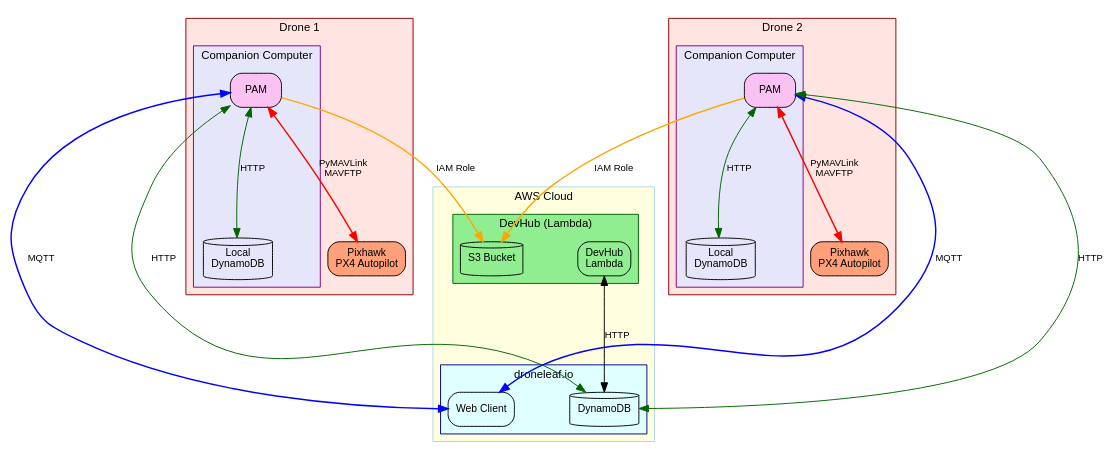
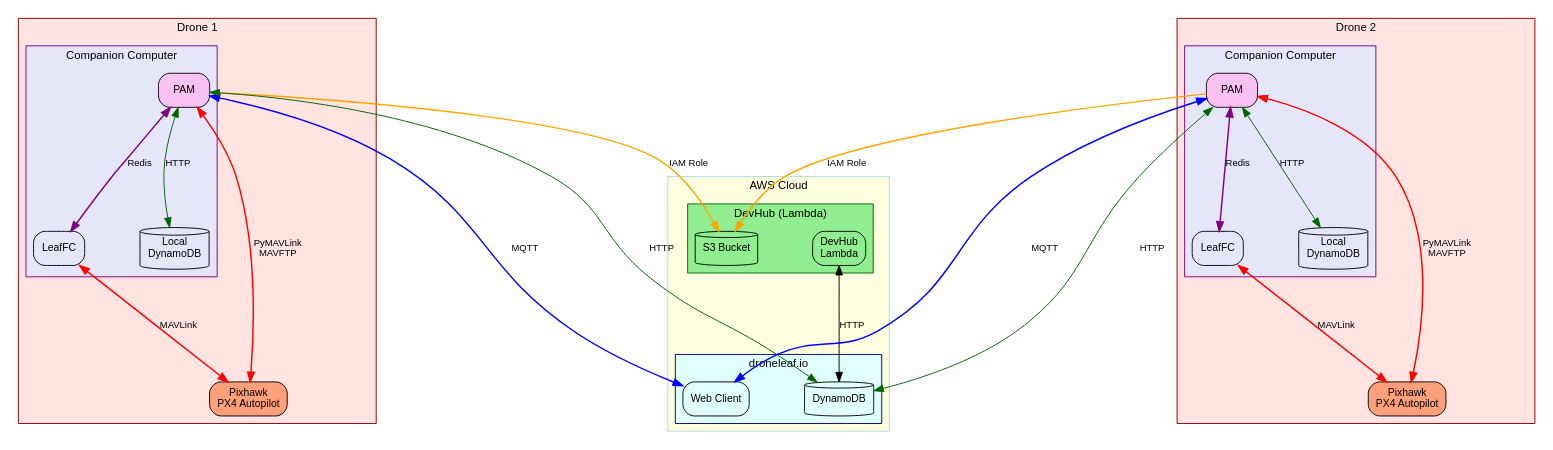
One commit to DroneLeaf/HEAR_wiki changed the diagram in Guide/HEAR Software/PetalAppManager/multi_drone_system.dot. Above: the diagram before and after it, drawn with Graphviz. The commit also changed 1 other file, not shown here.

Commit message:
Add LeaFC to PAM system diagram

```diff
--- a/Guide/HEAR Software/PetalAppManager/multi_drone_system.dot
+++ b/Guide/HEAR Software/PetalAppManager/multi_drone_system.dot
@@ -1,107 +1,117 @@
 digraph MultiDroneSystem {
     rankdir=TB;
     ranksep=1.5;
     nodesep=0.8;
     
     // Graph styling
     graph [fontname="Arial", fontsize=12, compound=true];
     node [fontname="Arial", fontsize=11, shape=box, style=rounded];
     edge [fontname="Arial", fontsize=10];
     
     // AWS Cloud cluster at the top
     subgraph cluster_aws {
         label="AWS Cloud";
         style=filled;
         color=lightblue;
         fillcolor=lightyellow;
+        rank = source;
         
         // DevHub box
         subgraph cluster_devhub {
             label="DevHub (Lambda)";
             style=filled;
             color=darkgreen;
             fillcolor=lightgreen;
-            
+            rank = source;
+
             devhub [label="DevHub\nLambda", shape=box];
             s3 [label="S3 Bucket", shape=cylinder];
         }
         
         // Webclient box
         subgraph cluster_webclient {
             label="droneleaf.io";
             style=filled;
             color=darkblue;
             fillcolor=lightcyan;
-            
+            rank = source;
+
             webclient [label="Web Client", shape=box];
             webclient_db [label="DynamoDB", shape=cylinder];
         }
     }
     
     // Drone 1
     subgraph cluster_drone1 {
         label="Drone 1";
         style=filled;
         color=darkred;
         fillcolor=mistyrose;
         
         // Companion Computer
         subgraph cluster_companion1 {
             label="Companion Computer";
             style=filled;
             color=purple;
             fillcolor=lavender;
             
             pam1 [label="PAM", shape=box, style="rounded,filled", fillcolor="#fac2f3"];
+            leaffc1 [label="LeafFC", shape=box];
             local_db1 [label="Local\nDynamoDB", shape=cylinder];
         }
         
         // Pixhawk
         pixhawk1 [label="Pixhawk\nPX4 Autopilot", shape=box, style="rounded,filled", fillcolor=lightsalmon];
     }
     
     // Drone 2
     subgraph cluster_drone2 {
         label="Drone 2";
         style=filled;
         color=darkred;
         fillcolor=mistyrose;
         
         // Companion Computer
         subgraph cluster_companion2 {
             label="Companion Computer";
             style=filled;
             color=purple;
             fillcolor=lavender;
             
             pam2 [label="PAM", shape=box, style="rounded,filled", fillcolor="#fac2f3"];
+            leaffc2 [label="LeafFC", shape=box];
             local_db2 [label="Local\nDynamoDB", shape=cylinder];
         }
         
         // Pixhawk
         pixhawk2 [label="Pixhawk\nPX4 Autopilot", shape=box, style="rounded,filled", fillcolor=lightsalmon];
     }
     
     // Connections within AWS
     devhub -> webclient_db [label="HTTP", dir=both];
     
     // Drone 1 connections
     // PAM to AWS services
     pam1 -> webclient [label="MQTT", dir=both, color=blue, penwidth=1.5];
     pam1 -> webclient_db [label="HTTP", dir=both, color=darkgreen];
     pam1 -> s3 [label="IAM Role", color=orange, penwidth=1.5];
     
     // PAM to local services
     pam1 -> local_db1 [label="HTTP", dir=both, color=darkgreen];
+    pam1 -> leaffc1 [label="Redis", dir=both, color=purple, penwidth=1.5];
     pam1 -> pixhawk1 [label="PyMAVLink\nMAVFTP", dir=both, color=red, penwidth=1.5];
+    leaffc1 -> pixhawk1 [label="MAVLink", dir=both, color=red, penwidth=1.5];
     
     // Drone 2 connections
     // PAM to AWS services
     pam2 -> webclient [label="MQTT", dir=both, color=blue, penwidth=1.5];
     pam2 -> webclient_db [label="HTTP", dir=both, color=darkgreen];
     pam2 -> s3 [label="IAM Role", color=orange, penwidth=1.5];
     
     // PAM to local services
     pam2 -> local_db2 [label="HTTP", dir=both, color=darkgreen];
+    pam2 -> leaffc2 [label="Redis", dir=both, color=purple, penwidth=1.5];
     pam2 -> pixhawk2 [label="PyMAVLink\nMAVFTP", dir=both, color=red, penwidth=1.5];
+    leaffc2 -> pixhawk2 [label="MAVLink", dir=both, color=red, penwidth=1.5];
+
 }
```
